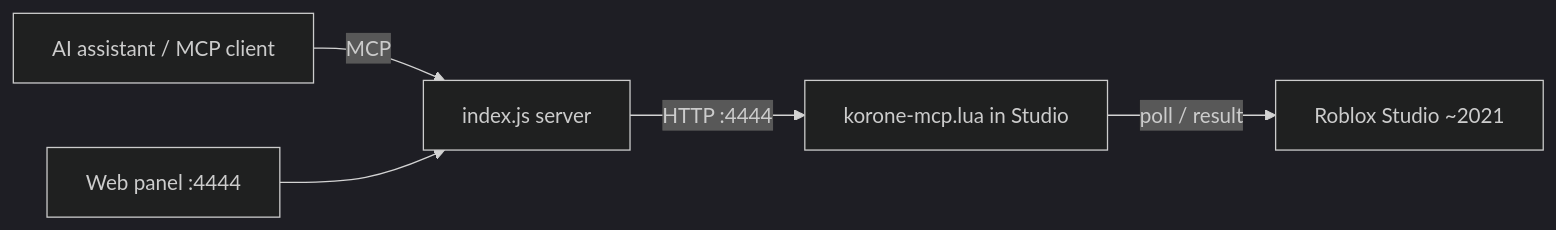
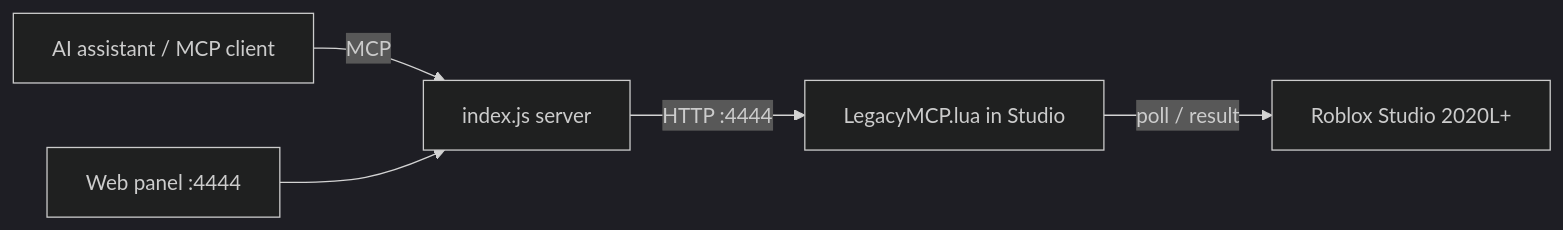
The diagram in README.md (undef1n9d/korone-mcp), drawn with Mermaid (dark theme) before and after one commit. The commit also changed other lines of this file and 4 other files, not shown here.

Commit message:
Rename to Legacy MCP (2020L+); add undo/redo, listAll for get_properties, search_scripts, get_output, read_script line ranges, edit_script

````diff
--- a/README.md
+++ b/README.md
@@ -28,7 +26,7 @@
 ```mermaid
 graph LR
     A[AI assistant / MCP client] -->|MCP| B[index.js server]
-    B -->|HTTP :4444| C[korone-mcp.lua in Studio]
-    C -->|poll / result| D[Roblox Studio ~2021]
+    B -->|HTTP :4444| C[LegacyMCP.lua in Studio]
+    C -->|poll / result| D[Roblox Studio 2020L+]
     E[Web panel :4444] --> B
 ```
````
